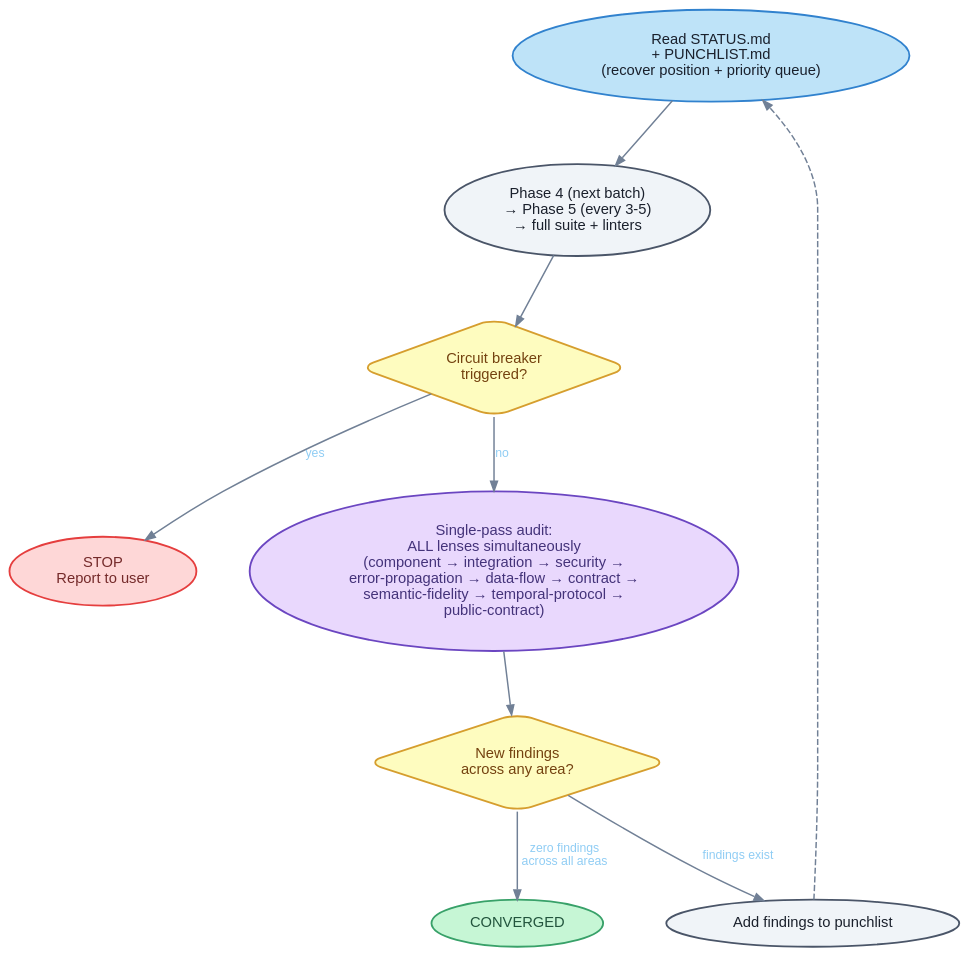
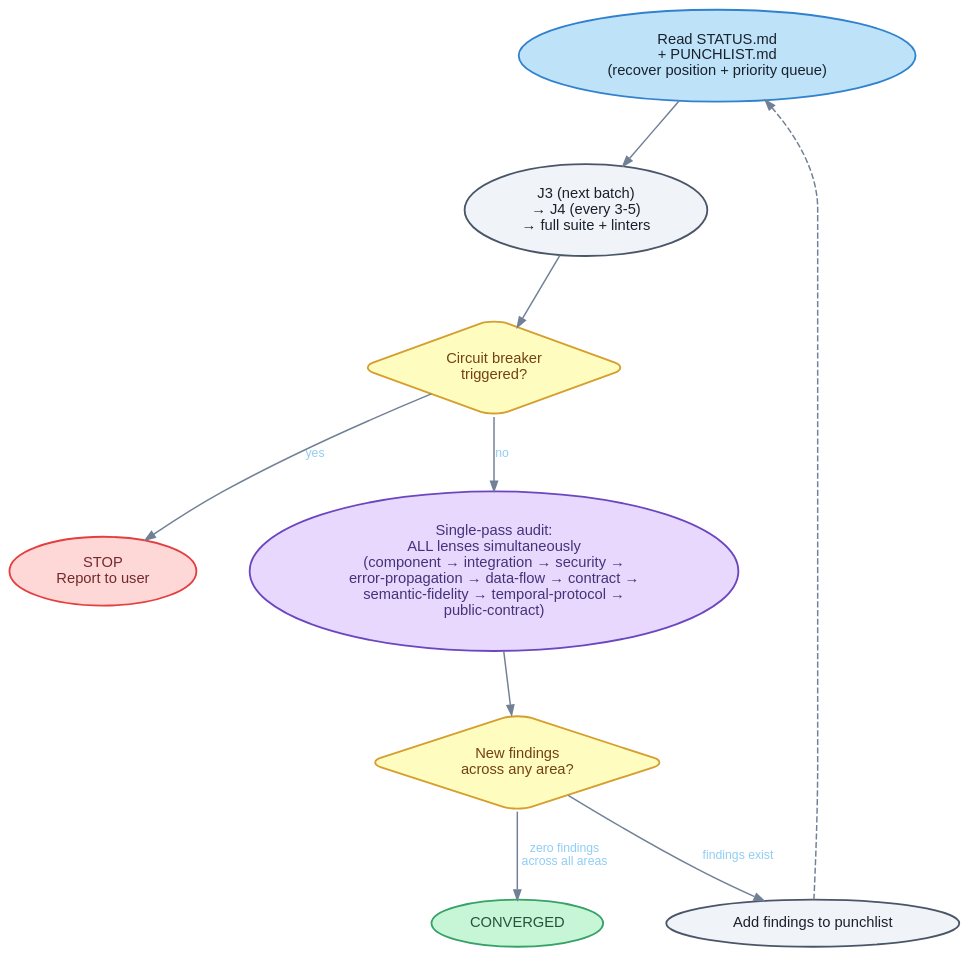
Before and after one commit to jbrjake/holtz: the diagram in docs/diagrams/justine-convergence.dot, drawn with Graphviz. The commit also changed 8 other files, not shown here.

First line of the commit message:
feat: update diagram .dot files to step numbering and re-render SVGs

```diff
--- a/docs/diagrams/justine-convergence.dot
+++ b/docs/diagrams/justine-convergence.dot
@@ -1,80 +1,80 @@
 digraph {
   rankdir=TB
   bgcolor="transparent"
   pad=0.4
   nodesep=0.6
   ranksep=0.7
 
   node [
     fontname="Helvetica"
     fontsize=12
     style="filled,rounded"
     fillcolor="#f0f4f8"
     color="#4a5568"
     fontcolor="#1a202c"
     penwidth=1.5
     margin="0.15,0.1"
   ]
 
   edge [
     fontname="Helvetica"
     fontsize=10
     fontcolor="#90cdf4"
     color="#718096"
     penwidth=1.2
     arrowsize=0.8
   ]
 
   recover [
     label="Read STATUS.md\n+ PUNCHLIST.md\n(recover position + priority queue)"
     fillcolor="#bee3f8"
     color="#3182ce"
   ]
   fix_loop [
-    label="Phase 4 (next batch)\n→ Phase 5 (every 3-5)\n→ full suite + linters"
+    label="J3 (next batch)\n→ J4 (every 3-5)\n→ full suite + linters"
   ]
   breaker [
     label="Circuit breaker\ntriggered?"
     shape=diamond
     fillcolor="#fefcbf"
     color="#d69e2e"
     fontcolor="#744210"
   ]
   stop [
     label="STOP\nReport to user"
     fillcolor="#fed7d7"
     color="#e53e3e"
     fontcolor="#742a2a"
   ]
   scan [
     label="Single-pass audit:\nALL lenses simultaneously\n(component → integration → security →\nerror-propagation → data-flow → contract →\nsemantic-fidelity → temporal-protocol →\npublic-contract)"
     fillcolor="#e9d8fd"
     color="#6b46c1"
     fontcolor="#44337a"
   ]
   found [
     label="New findings\nacross any area?"
     shape=diamond
     fillcolor="#fefcbf"
     color="#d69e2e"
     fontcolor="#744210"
   ]
   converged [
     label="CONVERGED"
     fillcolor="#c6f6d5"
     color="#38a169"
     fontcolor="#22543d"
   ]
   add [
     label="Add findings to punchlist"
   ]
 
   recover -> fix_loop
   fix_loop -> breaker
   breaker -> stop [label="yes"]
   breaker -> scan [label="no"]
   scan -> found
   found -> converged [label="zero findings\nacross all areas"]
   found -> add [label="findings exist"]
   add -> recover [style=dashed]
 }
```
